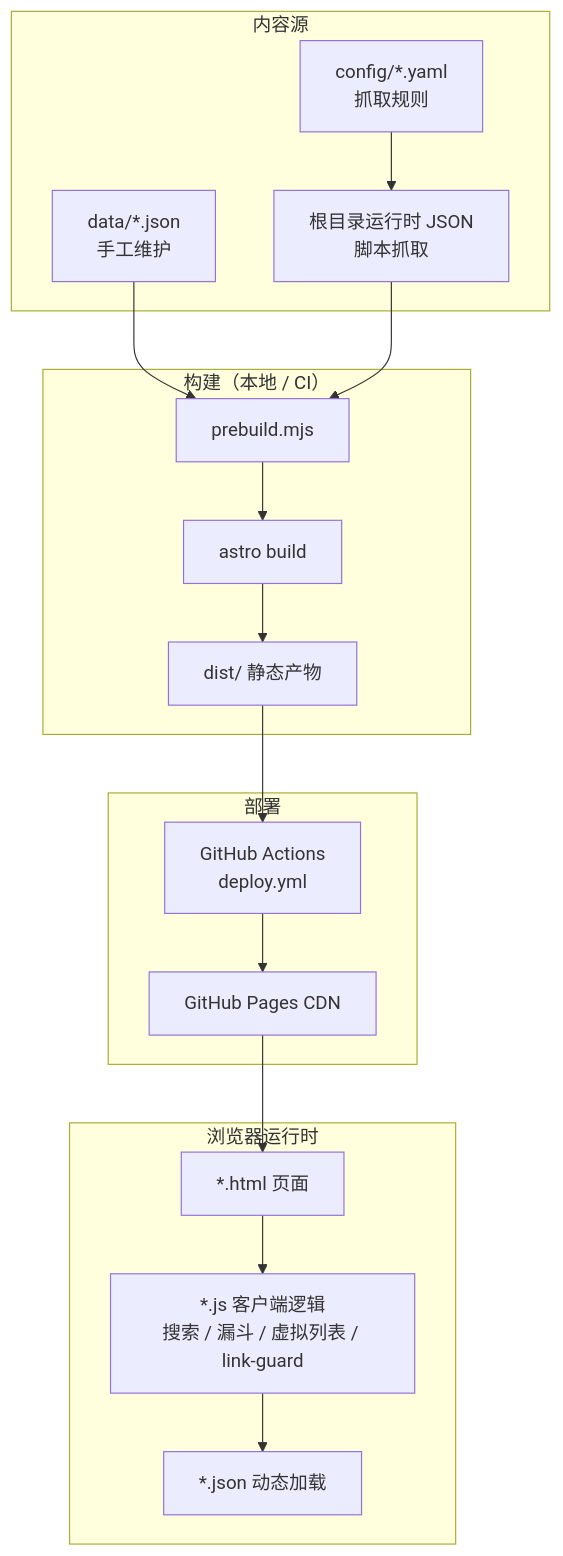
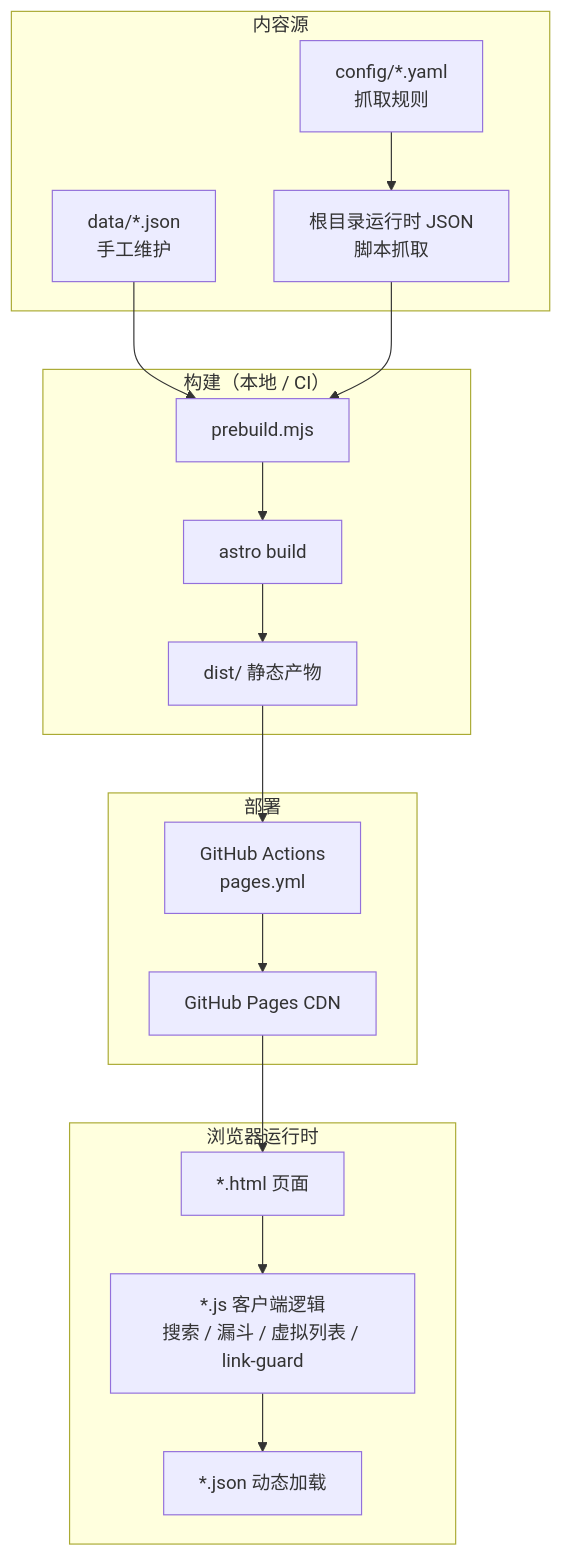
The first of 8 diagrams in docs/ARCHITECTURE.md (bio-apple/ai), drawn with Mermaid before and after one commit. The commit also changed other lines of this file and 19 other files, not shown here.

````diff
--- a/docs/ARCHITECTURE.md
+++ b/docs/ARCHITECTURE.md
@@ -11,36 +11,36 @@
 ```mermaid
 flowchart TB
   subgraph sources["内容源"]
     DATA["data/*.json<br/>手工维护"]
     FETCH["根目录运行时 JSON<br/>脚本抓取"]
     CFG["config/*.yaml<br/>抓取规则"]
   end
 
   subgraph build["构建（本地 / CI）"]
   PRE["prebuild.mjs"]
   ASTRO["astro build"]
   DIST["dist/ 静态产物"]
   end
 
   subgraph deploy["部署"]
-  GHA["GitHub Actions<br/>deploy.yml"]
+  GHA["GitHub Actions<br/>pages.yml"]
   PAGES["GitHub Pages CDN"]
   end
 
   subgraph runtime["浏览器运行时"]
   HTML["*.html 页面"]
   JS["*.js 客户端逻辑<br/>搜索 / 漏斗 / 虚拟列表 / link-guard"]
   JSON_RT["*.json 动态加载"]
   end
 
   DATA --> PRE
   FETCH --> PRE
   CFG --> FETCH
   PRE --> ASTRO
   ASTRO --> DIST
   DIST --> GHA
   GHA --> PAGES
   PAGES --> HTML
   HTML --> JS
   JS --> JSON_RT
 ```
````
